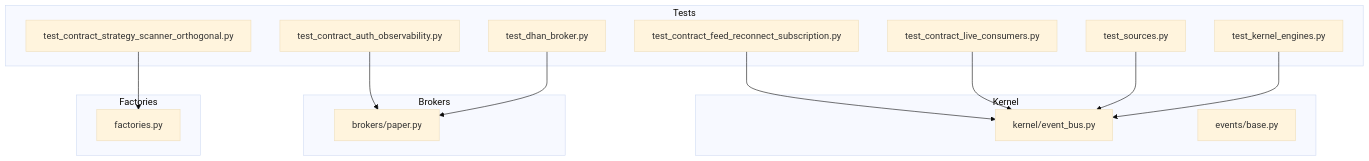
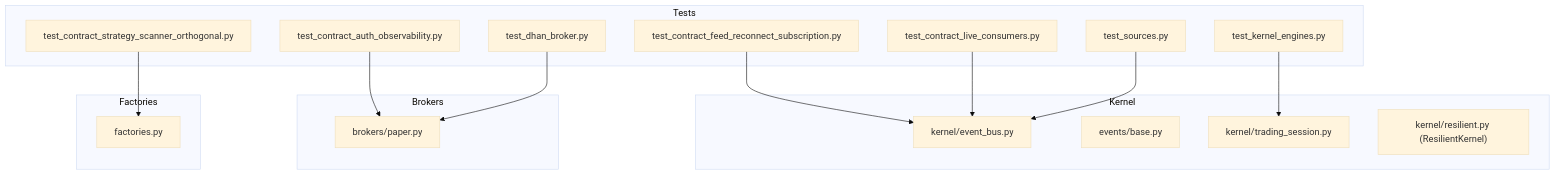
One commit to Ganesh-Kusundal/nTrade changed the first of 11 diagrams in .qoder/repowiki/en/content/Testing & Development/Contract Testing Framework.md. Above: the diagram before and after it, drawn with Mermaid (base theme). The commit also changed other lines of this file and 2201 other files, not shown here.

Commit message:
Integrate completeness: live runner hardening, broker adapter layers, rate-limiting infrastructure, data pipeline (parquet OHLCV + ingestion scripts), contract testing framework, options analytics, and updated architecture/knowledge docs

````diff
--- a/.qoder/repowiki/en/content/Testing & Development/Contract Testing Framework.md
+++ b/.qoder/repowiki/en/content/Testing & Development/Contract Testing Framework.md
@@ -45,29 +45,31 @@
 ```mermaid
 graph TB
 subgraph "Tests"
 T1["test_contract_auth_observability.py"]
 T2["test_contract_feed_reconnect_subscription.py"]
 T3["test_contract_live_consumers.py"]
 T4["test_contract_strategy_scanner_orthogonal.py"]
 T5["test_dhan_broker.py"]
 T6["test_sources.py"]
 T7["test_kernel_engines.py"]
 end
 subgraph "Kernel"
 K1["kernel/event_bus.py"]
 K2["events/base.py"]
+KL["kernel/trading_session.py"]
+KRES["kernel/resilient.py (ResilientKernel)"]
 end
 subgraph "Brokers"
 B1["brokers/paper.py"]
 end
 subgraph "Factories"
 F1["factories.py"]
 end
-T1 --> B1
 T2 --> K1
 T3 --> K1
 T4 --> F1
+T1 --> B1
 T5 --> B1
 T6 --> K1
-T7 --> K1
+T7 --> KL
 ```
````
